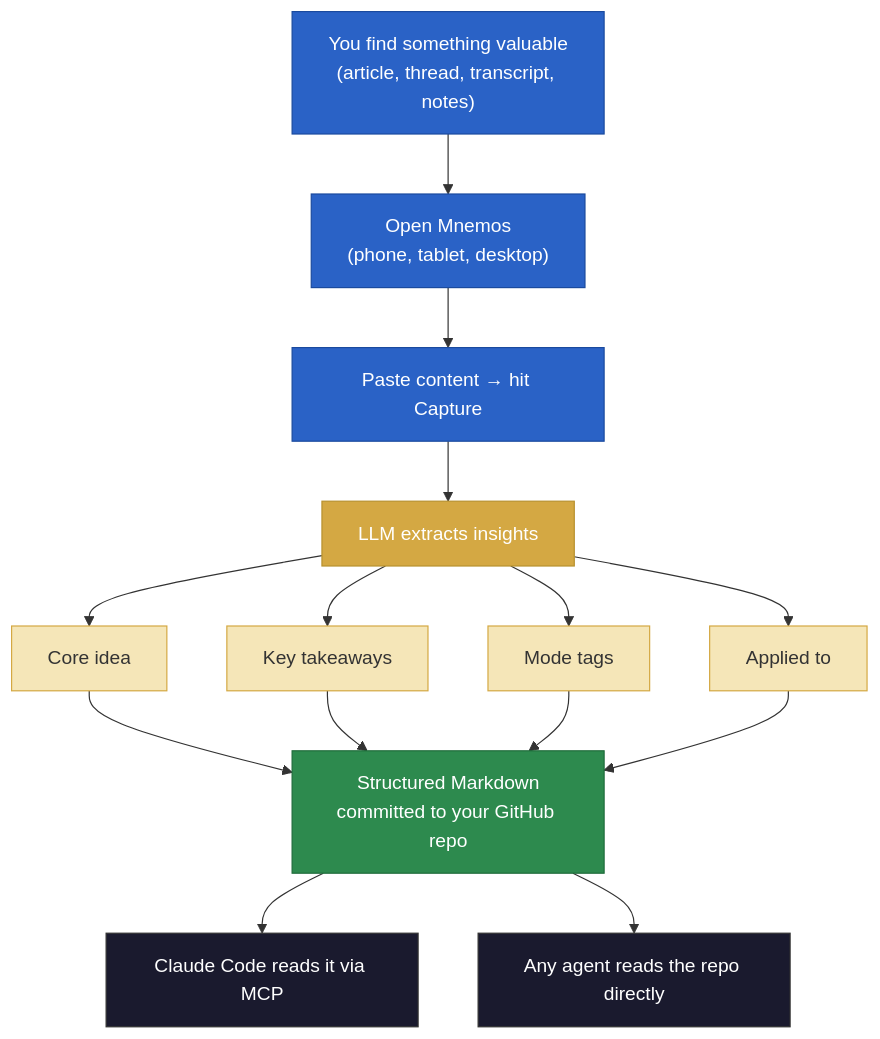
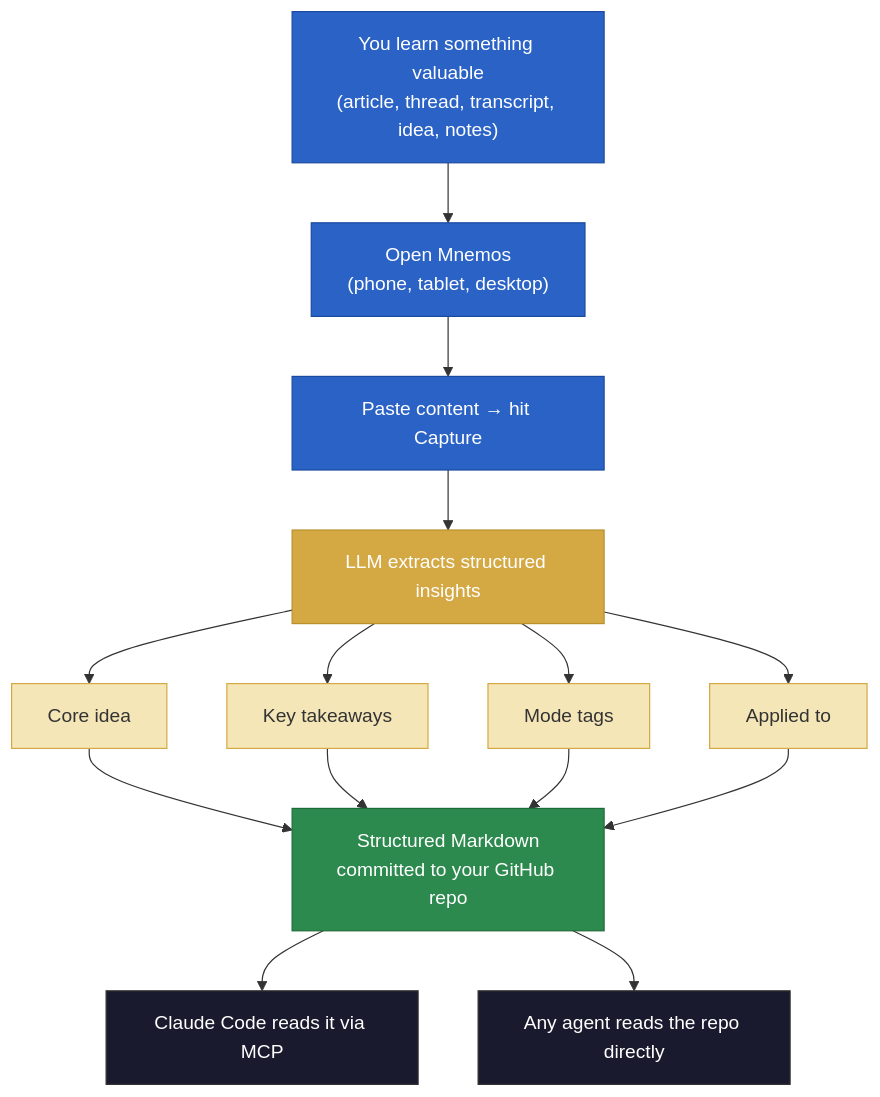
The diagram in README.md (Soph20/mnemos-capture), drawn with Mermaid before and after one commit. The commit also changed other lines of this file, not shown here.

````diff
--- a/README.md
+++ b/README.md
@@ -15,25 +27,25 @@
 ```mermaid
 flowchart TD
-    A["You find something valuable\n(article, thread, transcript, notes)"] --> B["Open Mnemos\n(phone, tablet, desktop)"]
+    A["You learn something valuable\n(article, thread, transcript, idea, notes)"] --> B["Open Mnemos\n(phone, tablet, desktop)"]
     B --> C["Paste content → hit Capture"]
-    C --> D["LLM extracts insights"]
+    C --> D["LLM extracts structured insights"]
     D --> E["Core idea"]
     D --> F["Key takeaways"]
     D --> G["Mode tags"]
     D --> H["Applied to"]
     E & F & G & H --> I["Structured Markdown\ncommitted to your GitHub repo"]
     I --> J["Claude Code reads it via MCP"]
     I --> K["Any agent reads the repo directly"]
 
     style A fill:#2A62C6,stroke:#1a4a9e,color:#fff
     style B fill:#2A62C6,stroke:#1a4a9e,color:#fff
     style C fill:#2A62C6,stroke:#1a4a9e,color:#fff
     style D fill:#d4a843,stroke:#b8912e,color:#fff
     style E fill:#f5e6b8,stroke:#d4a843,color:#333
     style F fill:#f5e6b8,stroke:#d4a843,color:#333
     style G fill:#f5e6b8,stroke:#d4a843,color:#333
     style H fill:#f5e6b8,stroke:#d4a843,color:#333
     style I fill:#2d8a4e,stroke:#1e6b3a,color:#fff
     style J fill:#1a1a2e,stroke:#333,color:#fff
     style K fill:#1a1a2e,stroke:#333,color:#fff
 ```
````
